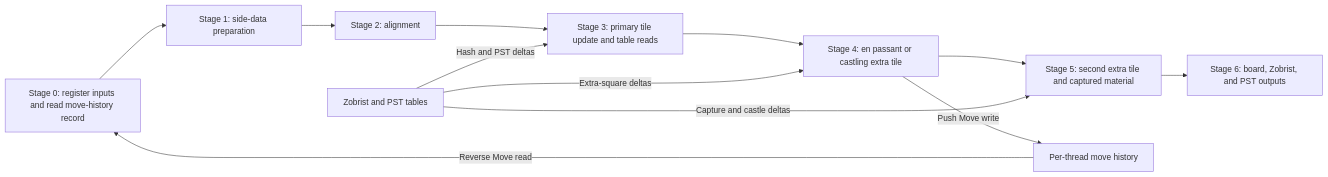
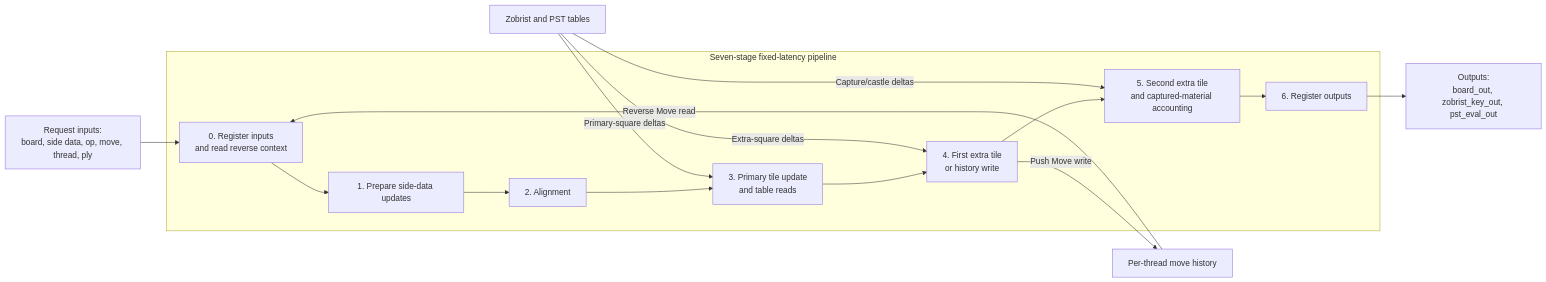
Before and after one commit to 3met/FPGA-Chess: the diagram in docs/modules/board-update-pipeline.md, drawn with Mermaid. The commit also changed other lines of this file and 14 other files, not shown here.

````diff
--- a/docs/modules/board-update-pipeline.md
+++ b/docs/modules/board-update-pipeline.md
@@ -50,19 +48,24 @@
 ```mermaid
 flowchart LR
-    S0["Stage 0: register inputs and read move-history record"]
-    S1["Stage 1: side-data preparation"]
-    S2["Stage 2: alignment"]
-    S3["Stage 3: primary tile update and table reads"]
-    S4["Stage 4: en passant or castling extra tile"]
-    S5["Stage 5: second extra tile and captured material"]
-    S6["Stage 6: board, Zobrist, and PST outputs"]
+    In["Request inputs:\nboard, side data, op, move, thread, ply"]
+    Out["Outputs:\nboard_out, zobrist_key_out, pst_eval_out"]
     History["Per-thread move history"]
     Tables["Zobrist and PST tables"]
 
-    S0 --> S1 --> S2 --> S3 --> S4 --> S5 --> S6
+    subgraph Pipe["Seven-stage fixed-latency pipeline"]
+        S0["0. Register inputs\nand read reverse context"]
+        S1["1. Prepare side-data updates"]
+        S2["2. Alignment"]
+        S3["3. Primary tile update\nand table reads"]
+        S4["4. First extra tile\nor history write"]
+        S5["5. Second extra tile\nand captured-material accounting"]
+        S6["6. Register outputs"]
+    end
+
+    In --> S0 --> S1 --> S2 --> S3 --> S4 --> S5 --> S6 --> Out
     History -->|"Reverse Move read"| S0
     S4 -->|"Push Move write"| History
-    Tables -->|"Hash and PST deltas"| S3
+    Tables -->|"Primary-square deltas"| S3
     Tables -->|"Extra-square deltas"| S4
-    Tables -->|"Capture and castle deltas"| S5
+    Tables -->|"Capture/castle deltas"| S5
 ```
````
